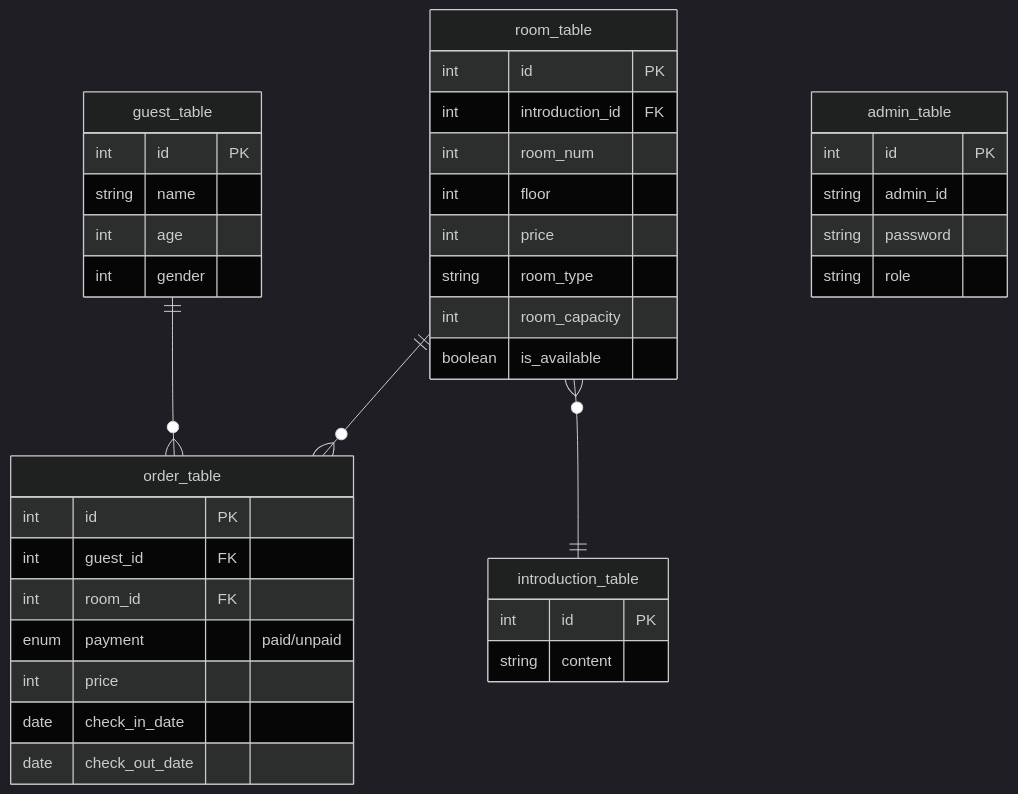
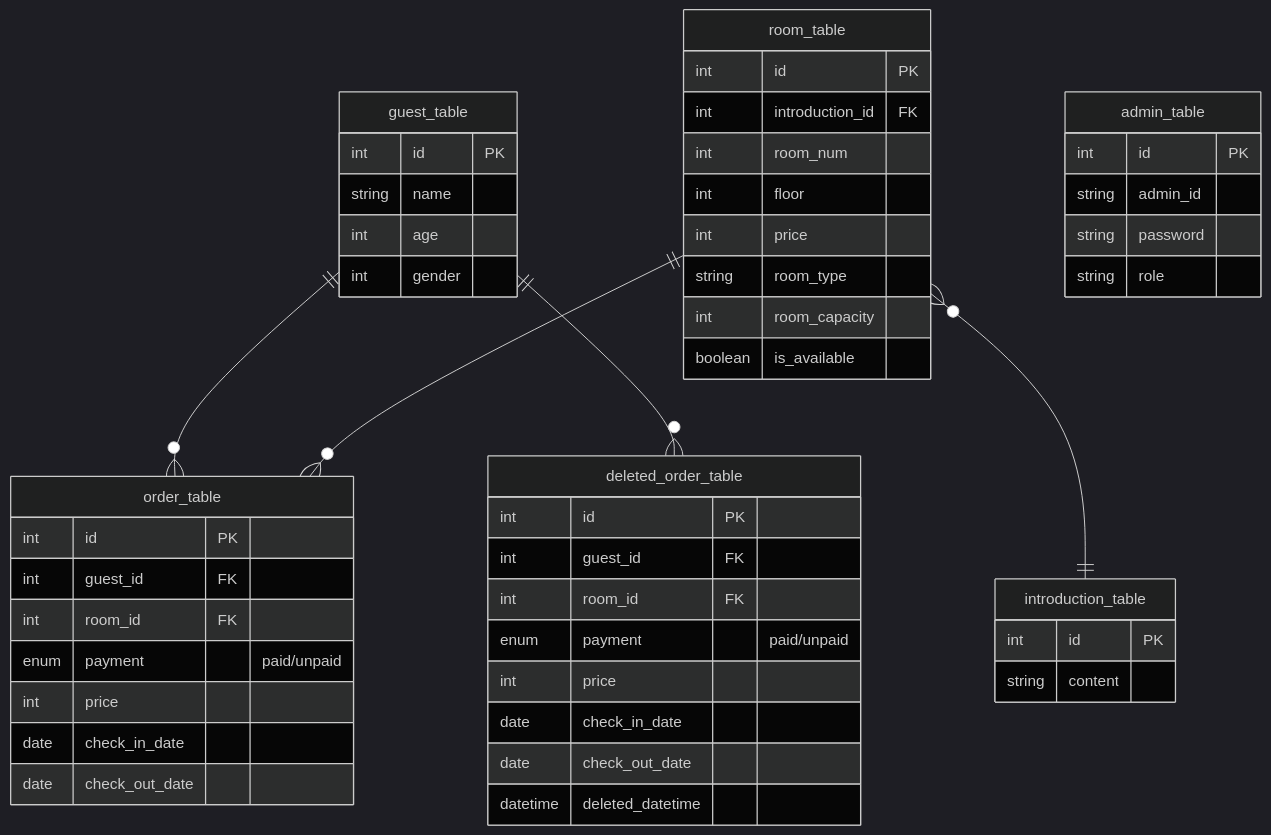
Before and after one commit to ryoshumei/HotelBookingWeb: the diagram in README.md, drawn with Mermaid (dark theme). The commit also changed 20 other files, not shown here.

````diff
--- a/README.md
+++ b/README.md
@@ -72,41 +72,52 @@
 ```mermaid
 erDiagram
     guest_table ||--o{ order_table : ""
     room_table ||--o{  order_table : ""
+    guest_table ||--o{  deleted_order_table : ""
     room_table o{--|| introduction_table : ""
     guest_table {
         int id PK
         string name
         int age
         int gender
     }
     order_table{
         int id PK
         int guest_id FK
         int room_id FK
         enum payment "paid/unpaid"
         int price
         date check_in_date
         date check_out_date
+    }
+    deleted_order_table{
+        int id PK
+        int guest_id FK
+        int room_id FK
+        enum payment "paid/unpaid"
+        int price
+        date check_in_date
+        date check_out_date
+        datetime deleted_datetime
     }
     room_table {
         int id PK
         int introduction_id FK
         int room_num
         int floor
         int price
         string room_type
         int room_capacity
         boolean is_available
     }
     introduction_table{
         int id PK
         string content
     }
     admin_table {
         int id PK
         string admin_id
         string password
         string role
     }
 ```
````
